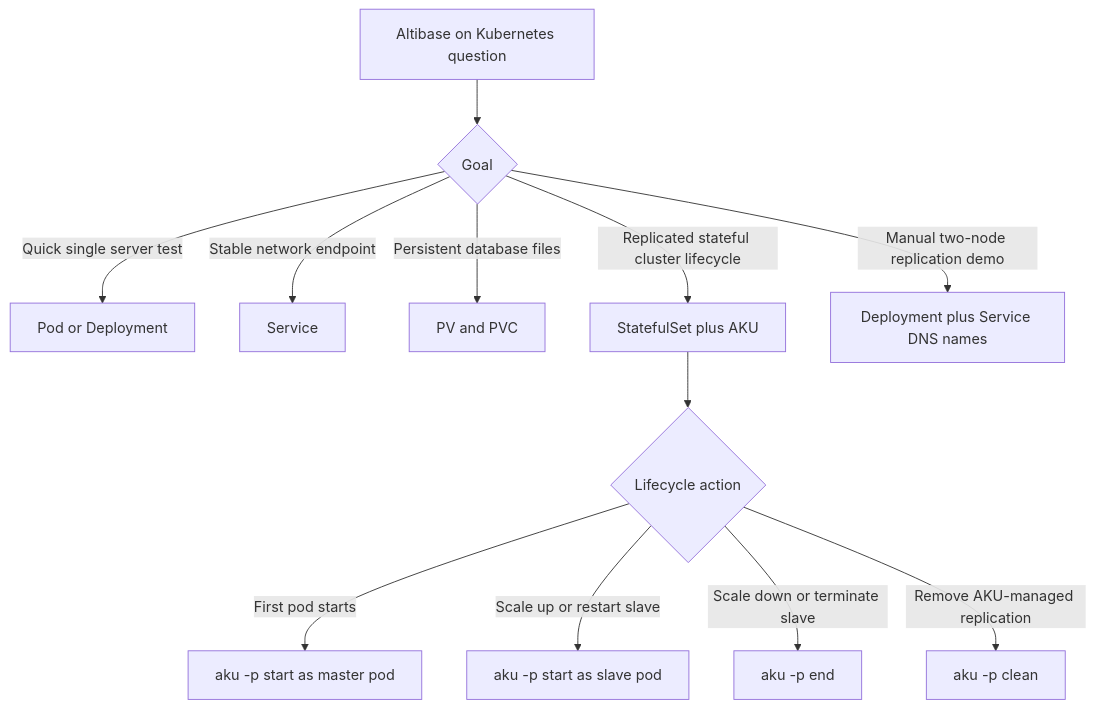
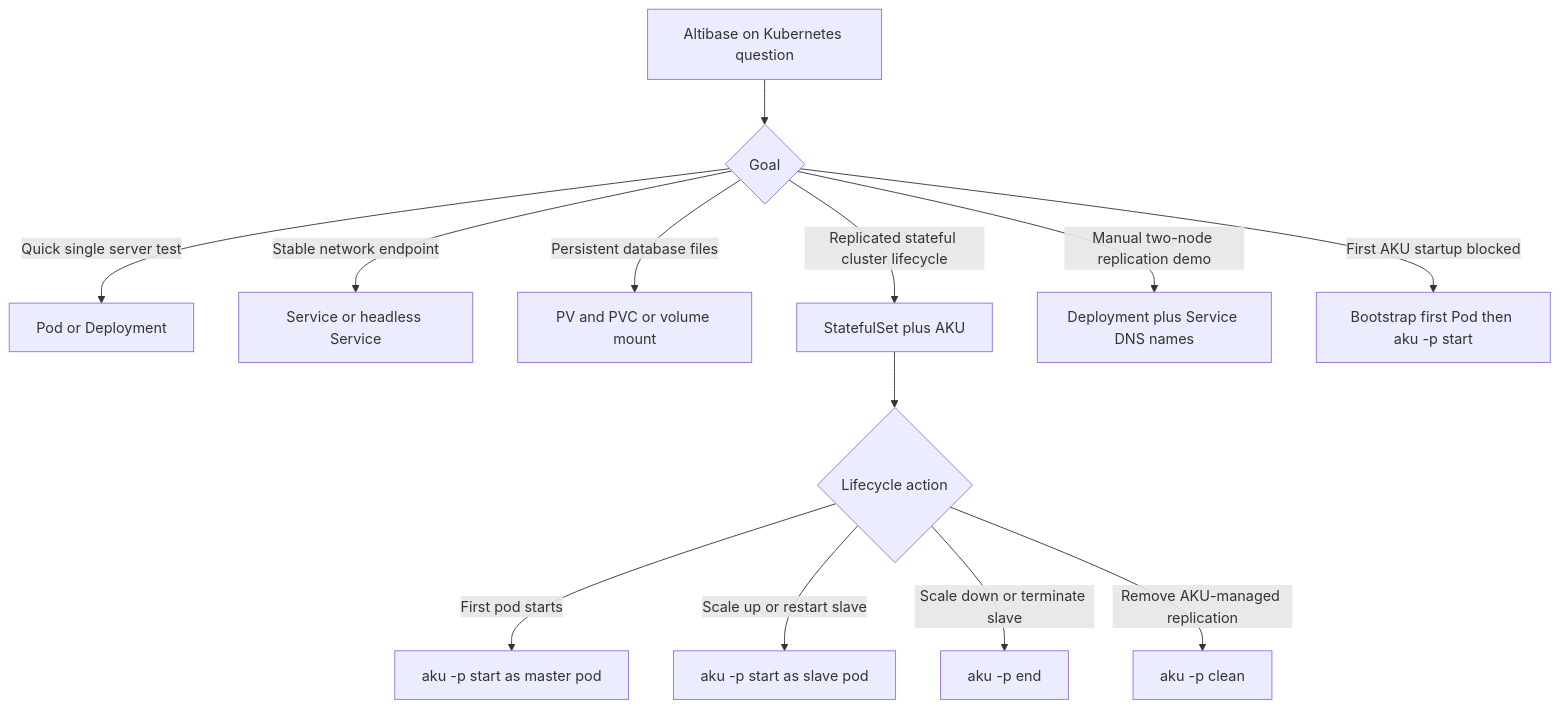
Before and after one commit to et16kr/AltibaseDocuments: the first of 6 diagrams in GPTs/attachments/17_kubernetes_aku_cloud.md, drawn with Mermaid. The commit also changed other lines of this file and 5 other files, not shown here.

````diff
--- a/GPTs/attachments/17_kubernetes_aku_cloud.md
+++ b/GPTs/attachments/17_kubernetes_aku_cloud.md
@@ -38,14 +42,15 @@
 ```mermaid
 flowchart TD
   A[Altibase on Kubernetes question] --> B{Goal}
   B -- Quick single server test --> C[Pod or Deployment]
-  B -- Stable network endpoint --> D[Service]
-  B -- Persistent database files --> E[PV and PVC]
+  B -- Stable network endpoint --> D[Service or headless Service]
+  B -- Persistent database files --> E[PV and PVC or volume mount]
   B -- Replicated stateful cluster lifecycle --> F[StatefulSet plus AKU]
   B -- Manual two-node replication demo --> G[Deployment plus Service DNS names]
+  B -- First AKU startup blocked --> M[Bootstrap first Pod then aku -p start]
   F --> H{Lifecycle action}
   H -- First pod starts --> I[aku -p start as master pod]
   H -- Scale up or restart slave --> J[aku -p start as slave pod]
   H -- Scale down or terminate slave --> K[aku -p end]
   H -- Remove AKU-managed replication --> L[aku -p clean]
 ```
````
